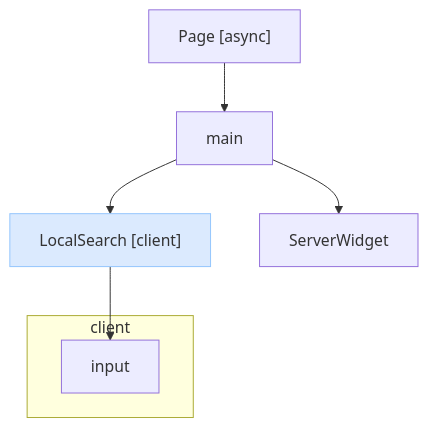
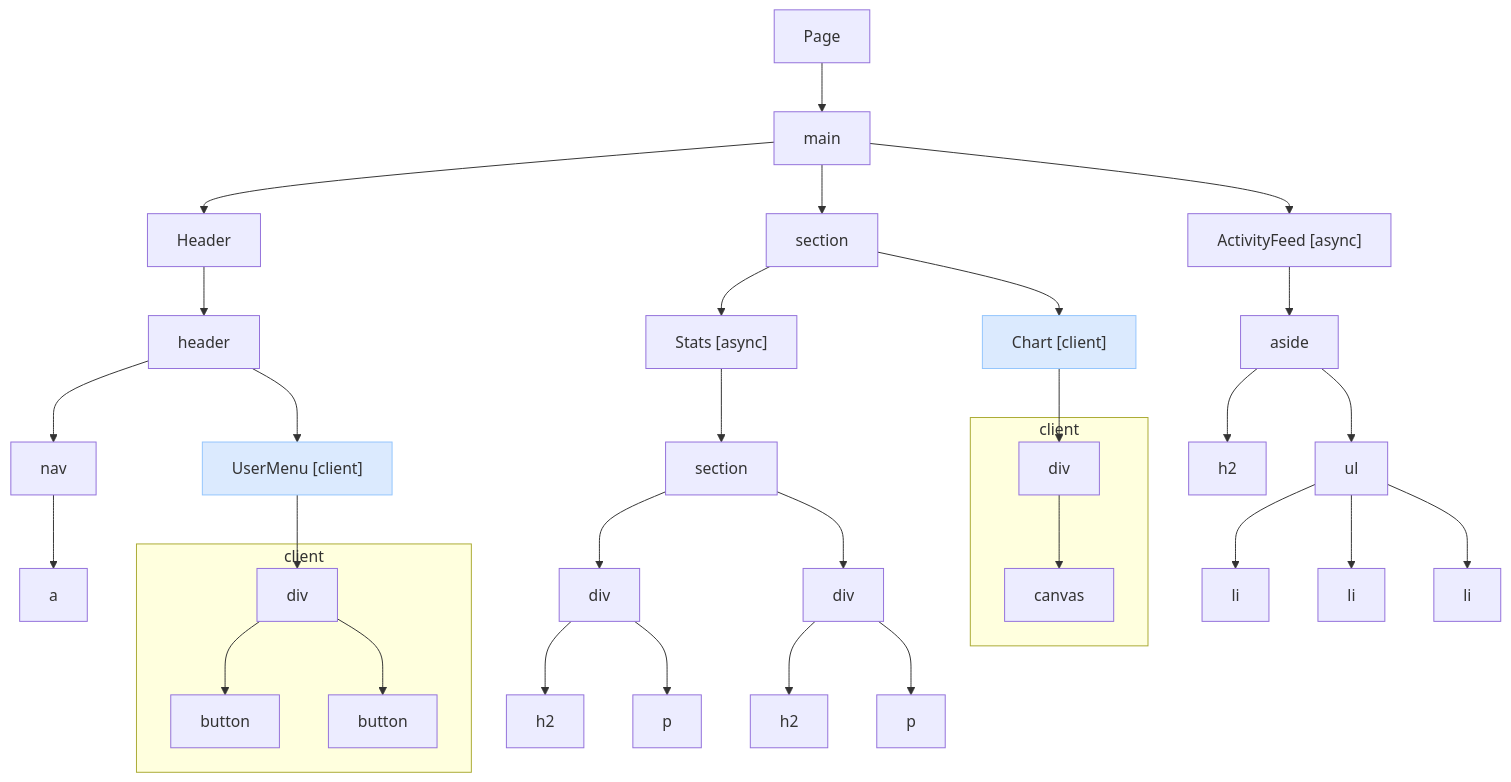
The diagram in README.md (makotot/canopy), drawn with Mermaid before and after one commit. The commit also changed other lines of this file and 12 other files, not shown here.

````diff
--- a/README.md
+++ b/README.md
@@ -33,15 +35,66 @@
 ```mermaid
 flowchart TD
-  n0["Page [async]"]
+  n0["Page"]
   n1["main"]
-  n2["LocalSearch [client]"]
-  subgraph sg3 ["client"]
-    n4["input"]
+  n2["Header"]
+  n3["header"]
+  n4["nav"]
+  n5["a"]
+  n6["UserMenu [client]"]
+  subgraph sg7 ["client"]
+    n8["div"]
+    n9["button"]
+    n10["button"]
   end
-  n5["ServerWidget"]
+  n11["section"]
+  n12["Stats [async]"]
+  n13["section"]
+  n14["div"]
+  n15["h2"]
+  n16["p"]
+  n17["div"]
+  n18["h2"]
+  n19["p"]
+  n20["Chart [client]"]
+  subgraph sg21 ["client"]
+    n22["div"]
+    n23["canvas"]
+  end
+  n24["ActivityFeed [async]"]
+  n25["aside"]
+  n26["h2"]
+  n27["ul"]
+  n28["li"]
+  n29["li"]
+  n30["li"]
   n0 --> n1
   n1 --> n2
-  n2 --> n4
-  n1 --> n5
-  style n2 fill:#dbeafe,stroke:#93c5fd
+  n2 --> n3
+  n3 --> n4
+  n4 --> n5
+  n3 --> n6
+  n6 --> n8
+  n8 --> n9
+  n8 --> n10
+  n1 --> n11
+  n11 --> n12
+  n12 --> n13
+  n13 --> n14
+  n14 --> n15
+  n14 --> n16
+  n13 --> n17
+  n17 --> n18
+  n17 --> n19
+  n11 --> n20
+  n20 --> n22
+  n22 --> n23
+  n1 --> n24
+  n24 --> n25
+  n25 --> n26
+  n25 --> n27
+  n27 --> n28
+  n27 --> n29
+  n27 --> n30
+  style n6 fill:#dbeafe,stroke:#93c5fd
+  style n20 fill:#dbeafe,stroke:#93c5fd
 ```
````
